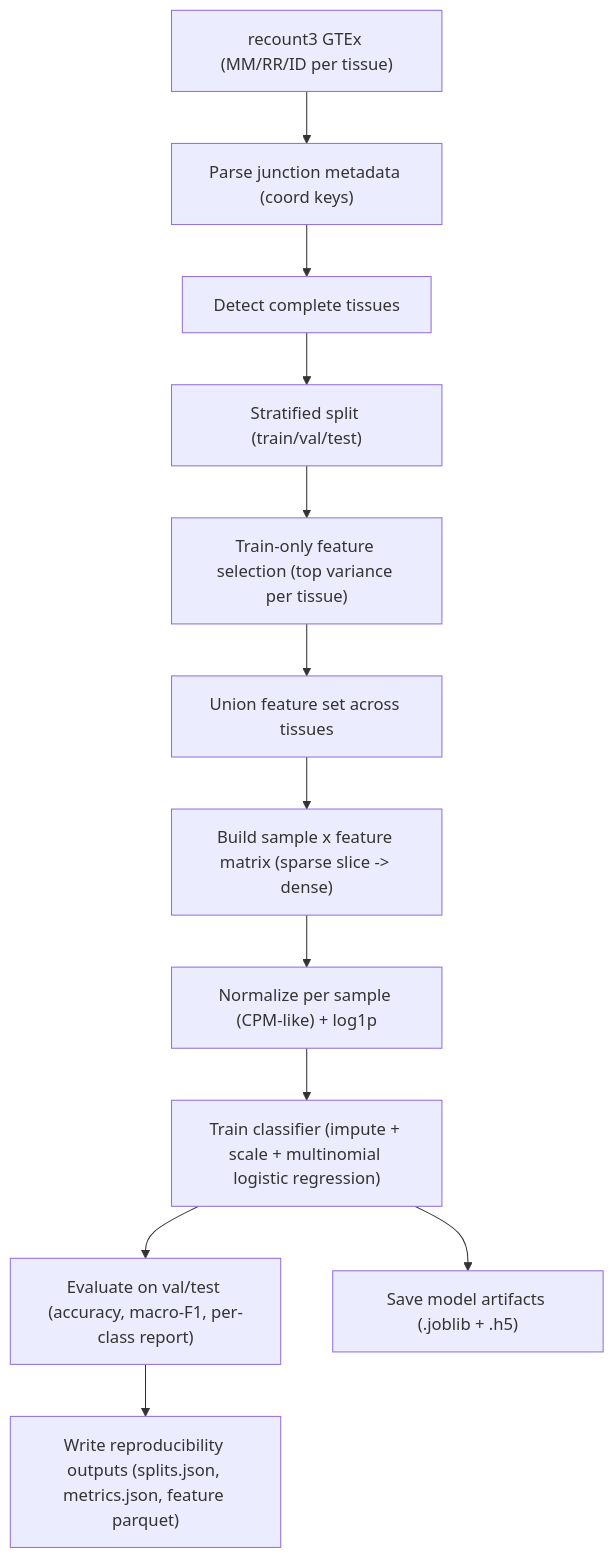
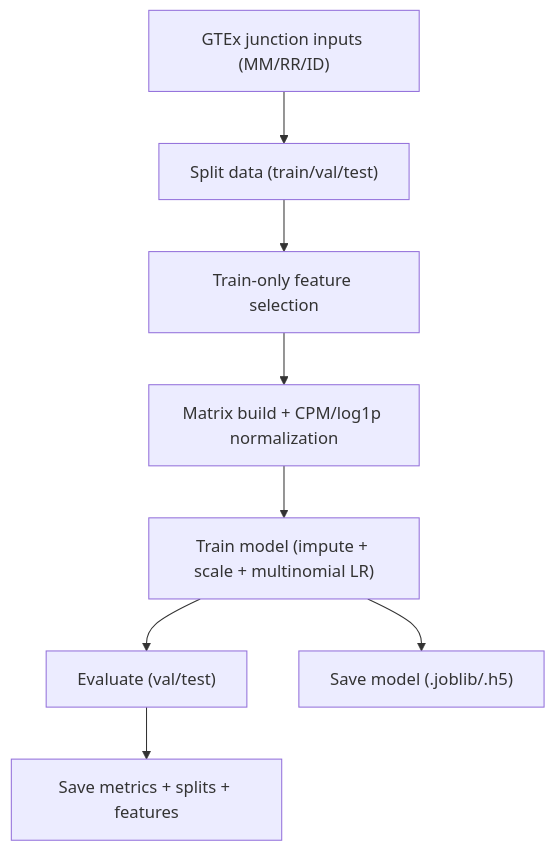
One commit to JustSplash8501/SliceVault changed the diagram in README.md. Above: the diagram before and after it, drawn with Mermaid. The commit also changed other lines of this file and 3 other files, not shown here.

Commit message:
Rename training pipeline paths to GTEx v8 tissue naming

````diff
--- a/README.md
+++ b/README.md
@@ -137,14 +137,10 @@
 ```mermaid
 flowchart TD
-    A["recount3 GTEx (MM/RR/ID per tissue)"] --> B["Parse junction metadata (coord keys)"]
-    B --> C["Detect complete tissues"]
-    C --> D["Stratified split (train/val/test)"]
-    D --> E["Train-only feature selection (top variance per tissue)"]
-    E --> F["Union feature set across tissues"]
-    F --> G["Build sample x feature matrix (sparse slice -> dense)"]
-    G --> H["Normalize per sample (CPM-like) + log1p"]
-    H --> I["Train classifier (impute + scale + multinomial logistic regression)"]
-    I --> J["Evaluate on val/test (accuracy, macro-F1, per-class report)"]
-    I --> K["Save model artifacts (.joblib + .h5)"]
-    J --> L["Write reproducibility outputs (splits.json, metrics.json, feature parquet)"]
+    A["GTEx junction inputs (MM/RR/ID)"] --> B["Split data (train/val/test)"]
+    B --> C["Train-only feature selection"]
+    C --> D["Matrix build + CPM/log1p normalization"]
+    D --> E["Train model (impute + scale + multinomial LR)"]
+    E --> F["Evaluate (val/test)"]
+    E --> G["Save model (.joblib/.h5)"]
+    F --> H["Save metrics + splits + features"]
 ```
````
